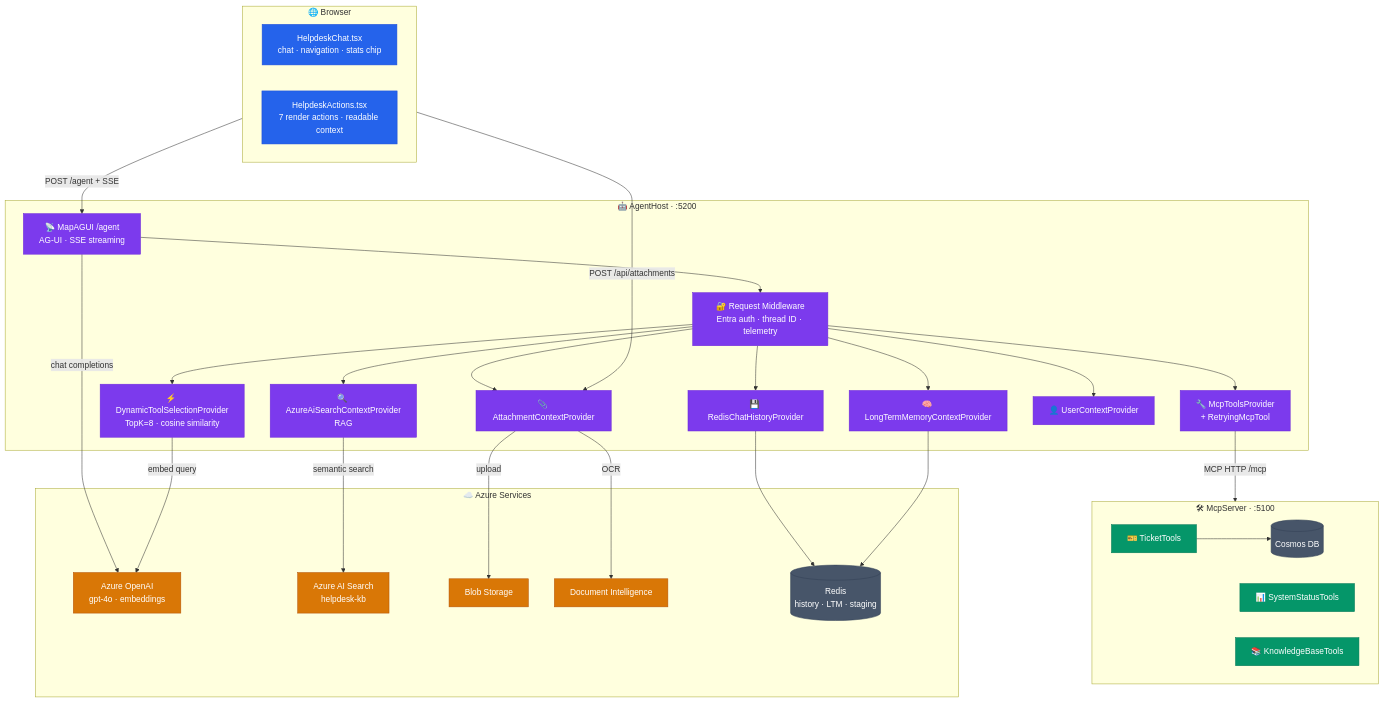
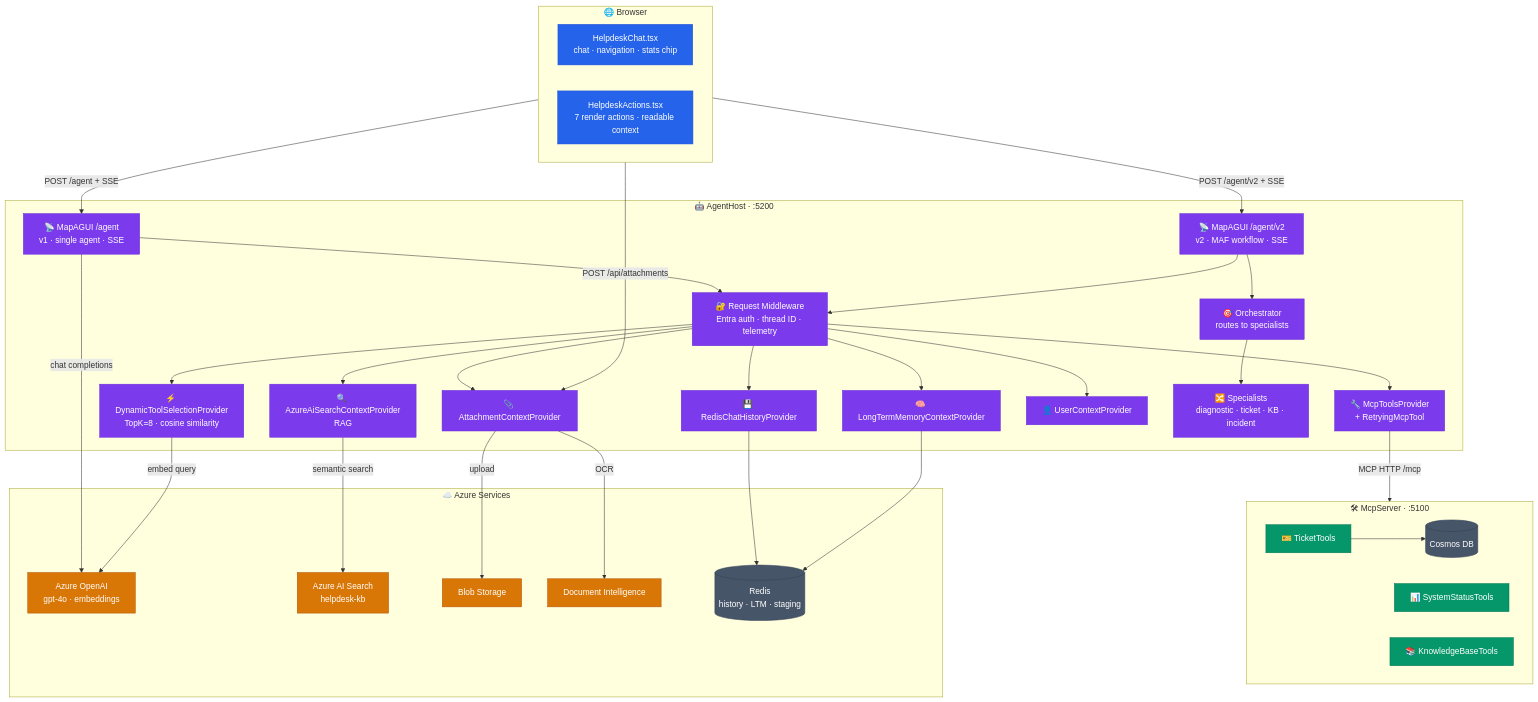
The first of 2 diagrams in README.md (sreyanchoudhury/HelpdeskAI.CSharp), drawn with Mermaid before and after one commit. The commit also changed other lines of this file and 32 other files, not shown here.

First line of the commit message:
feat: add v2 multi-agent workflow, App Insights telemetry, and MIT license

````diff
--- a/README.md
+++ b/README.md
@@ -109,68 +111,74 @@
 ```mermaid
 flowchart TD
     classDef fe   fill:#2563eb,stroke:#1d4ed8,color:#fff
     classDef ah   fill:#7c3aed,stroke:#6d28d9,color:#fff
     classDef mcp  fill:#059669,stroke:#047857,color:#fff
     classDef svc  fill:#d97706,stroke:#b45309,color:#fff
     classDef db   fill:#475569,stroke:#334155,color:#fff
 
     subgraph Browser["🌐  Browser"]
         FE1["HelpdeskChat.tsx<br/>chat · navigation · stats chip"]
         FE2["HelpdeskActions.tsx<br/>7 render actions · readable context"]
     end
 
     subgraph AgentHost["🤖  AgentHost  ·  :5200"]
-        AH1["📡 MapAGUI /agent<br/>AG-UI · SSE streaming"]
+        AH1["📡 MapAGUI /agent<br/>v1 · single agent · SSE"]
+        AH1V2["📡 MapAGUI /agent/v2<br/>v2 · MAF workflow · SSE"]
         AH2["🔐 Request Middleware<br/>Entra auth · thread ID · telemetry"]
         AH3["📎 AttachmentContextProvider"]
         AH4["🔍 AzureAiSearchContextProvider<br/>RAG"]
         AH5["🔧 McpToolsProvider<br/>+ RetryingMcpTool"]
         AH6["💾 RedisChatHistoryProvider"]
         AH7["⚡ DynamicToolSelectionProvider<br/>TopK=8 · cosine similarity"]
         AH8["🧠 LongTermMemoryContextProvider"]
         AH9["👤 UserContextProvider"]
+        ORCH["🎯 Orchestrator<br/>routes to specialists"]
+        SPEC["🔀 Specialists<br/>diagnostic · ticket · KB · incident"]
     end
 
     subgraph McpServer["🛠  McpServer  ·  :5100"]
         MS1["🎫 TicketTools"]
         MS2["📊 SystemStatusTools"]
         MS3["📚 KnowledgeBaseTools"]
         COSMOS[("Cosmos DB")]
     end
 
     subgraph Azure["☁️  Azure Services"]
         AOA["Azure OpenAI<br/>gpt-4o · embeddings"]
         AIS["Azure AI Search<br/>helpdesk-kb"]
         ABS["Blob Storage"]
         ADI["Document Intelligence"]
         REDIS[("Redis<br/>history · LTM · staging")]
     end
 
     Browser -->|POST /agent + SSE| AH1
+    Browser -->|POST /agent/v2 + SSE| AH1V2
     Browser -->|POST /api/attachments| AH3
 
     AH1 --> AH2
+    AH1V2 --> AH2
+    AH1V2 --> ORCH --> SPEC
     AH2 --> AH3
     AH2 --> AH4
     AH2 --> AH5
     AH2 --> AH6
     AH2 --> AH7
     AH2 --> AH8
     AH2 --> AH9
 
     AH5 -->|MCP HTTP /mcp| McpServer
     MS1 --> COSMOS
     AH1 -->|chat completions| AOA
     AH7 -->|embed query| AOA
     AH4 -->|semantic search| AIS
     AH3 -->|upload| ABS
     AH3 -->|OCR| ADI
     AH6 --> REDIS
     AH8 --> REDIS
 
     class FE1,FE2 fe
-    class AH1,AH2,AH3,AH4,AH5,AH6,AH7,AH8,AH9 ah
+    class AH1,AH1V2,AH2,AH3,AH4,AH5,AH6,AH7,AH8,AH9,ORCH,SPEC ah
     class MS1,MS2,MS3 mcp
     class COSMOS,REDIS db
     class AOA,AIS,ABS,ADI svc
 ```
````
